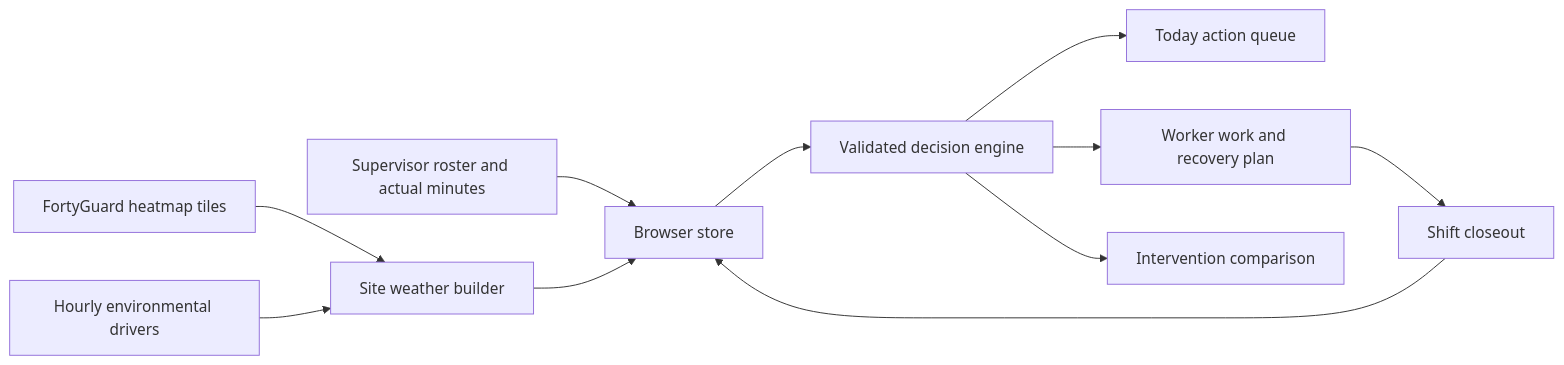
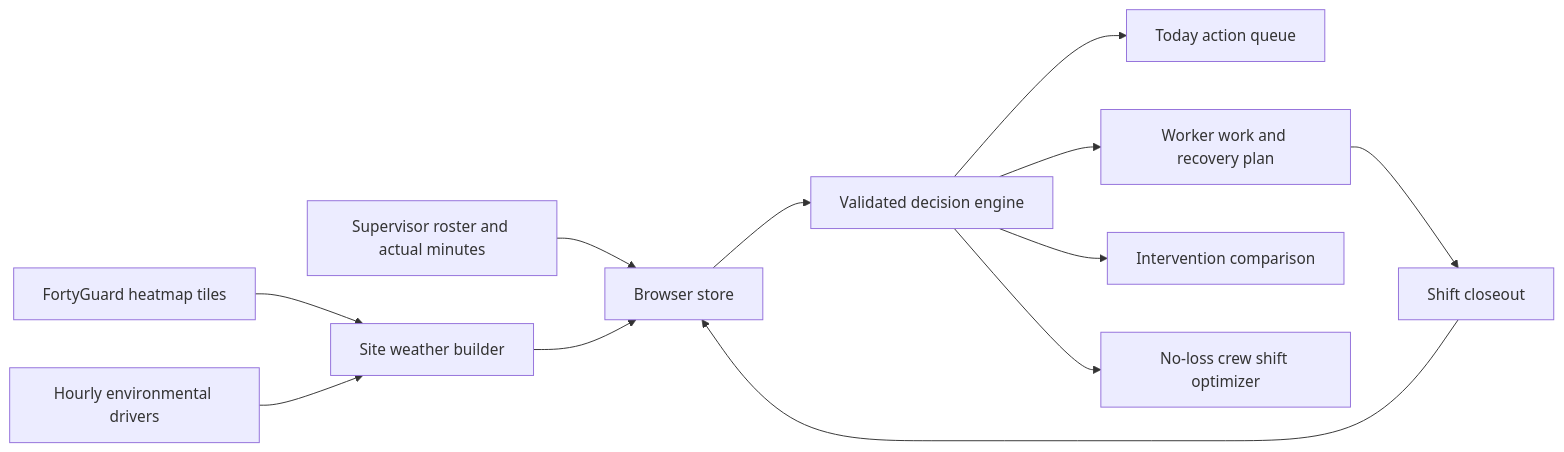
One commit to DataElk/sunup changed the diagram in README.md. Above: the diagram before and after it, drawn with Mermaid. The commit also changed other lines of this file and 6 other files, not shown here.

Commit message:
Add no-loss crew shift planning

````diff
--- a/README.md
+++ b/README.md
@@ -77,13 +79,14 @@
 ```mermaid
 flowchart LR
     FG[FortyGuard heatmap tiles] --> W[Site weather builder]
     OM[Hourly environmental drivers] --> W
     U[Supervisor roster and actual minutes] --> S[Browser store]
     W --> S
     S --> E[Validated decision engine]
     E --> T[Today action queue]
     E --> P[Worker work and recovery plan]
     E --> I[Intervention comparison]
+    E --> O[No-loss crew shift optimizer]
     P --> L[Shift closeout]
     L --> S
 ```
````
